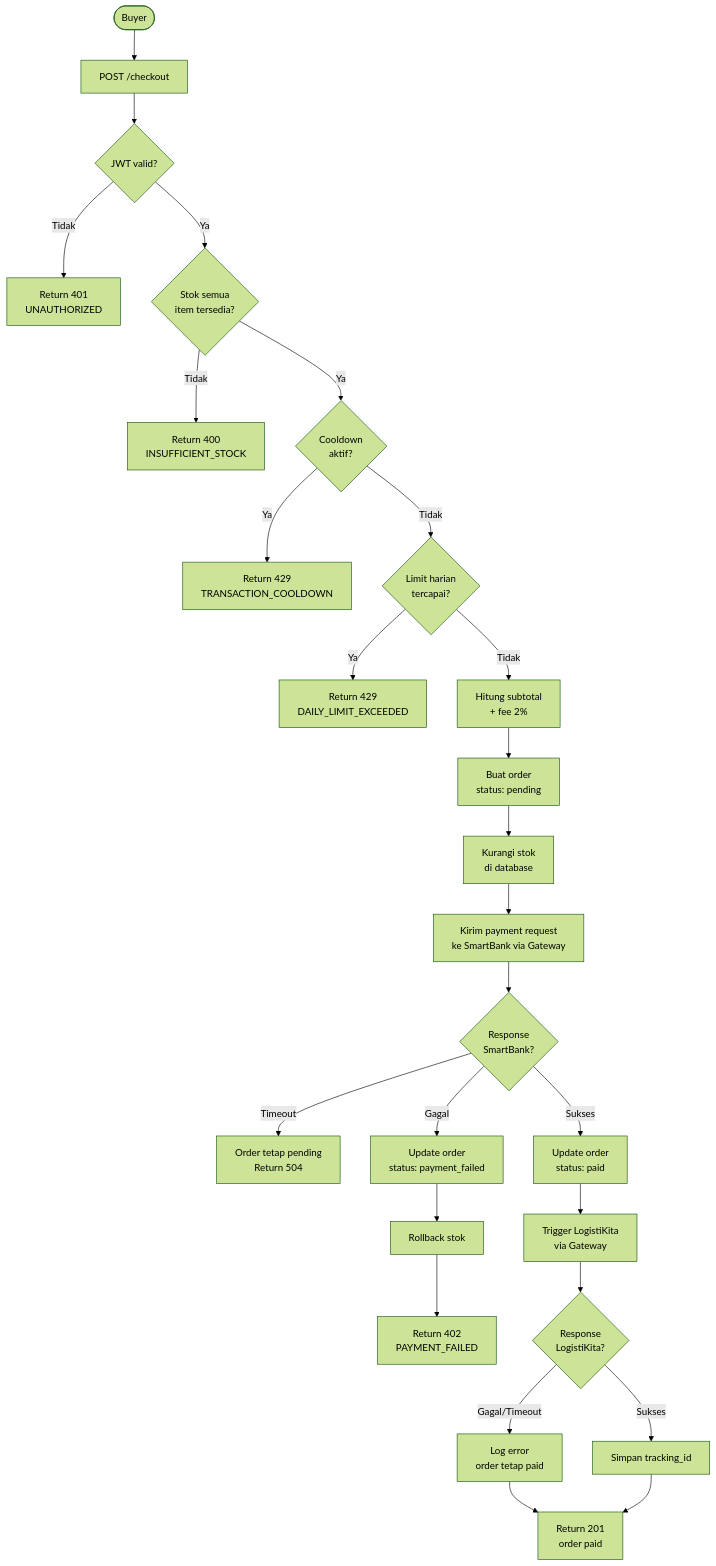
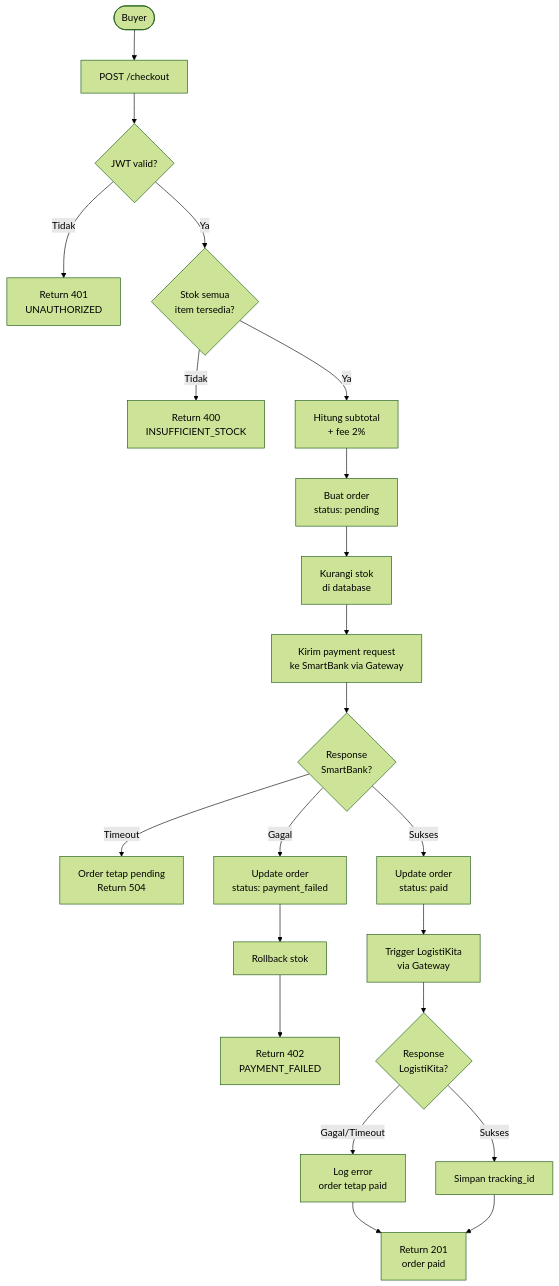
The second of 5 diagrams in backend/docs/prd-backend.md (ditverse/pasarkita-monorepo), drawn with Mermaid (forest theme) before and after one commit. The commit also changed other lines of this file and 3 other files, not shown here.

````diff
--- a/backend/docs/prd-backend.md
+++ b/backend/docs/prd-backend.md
@@ -762,28 +762,24 @@
 ```mermaid
 flowchart TD
     A([Buyer]) --> B[POST /checkout]
     B --> C{JWT valid?}
     C -- Tidak --> D[Return 401\nUNAUTHORIZED]
     C -- Ya --> E{Stok semua\nitem tersedia?}
     E -- Tidak --> F[Return 400\nINSUFFICIENT_STOCK]
-    E -- Ya --> G{Cooldown\naktif?}
-    G -- Ya --> H[Return 429\nTRANSACTION_COOLDOWN]
-    G -- Tidak --> I{Limit harian\ntercapai?}
-    I -- Ya --> J[Return 429\nDAILY_LIMIT_EXCEEDED]
-    I -- Tidak --> K[Hitung subtotal\n+ fee 2%]
+    E -- Ya --> K[Hitung subtotal\n+ fee 2%]
     K --> L[Buat order\nstatus: pending]
     L --> M[Kurangi stok\ndi database]
     M --> N[Kirim payment request\nke SmartBank via Gateway]
     N --> O{Response\nSmartBank?}
     O -- Timeout --> P[Order tetap pending\nReturn 504]
     O -- Gagal --> Q[Update order\nstatus: payment_failed]
     Q --> R[Rollback stok]
     R --> S[Return 402\nPAYMENT_FAILED]
     O -- Sukses --> T[Update order\nstatus: paid]
     T --> U[Trigger LogistiKita\nvia Gateway]
     U --> V{Response\nLogistiKita?}
     V -- Gagal/Timeout --> W[Log error\norder tetap paid]
     V -- Sukses --> X[Simpan tracking_id]
     W --> Y[Return 201\norder paid]
     X --> Y
 ```
````
